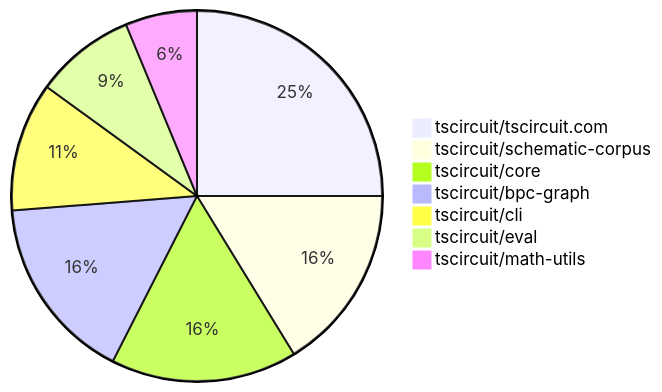
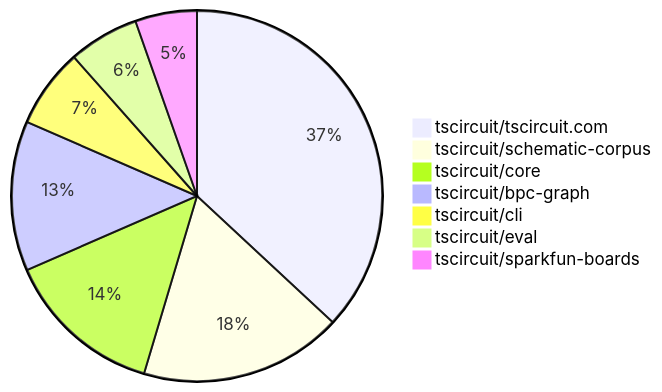
One commit to tscircuit/contribution-tracker changed the second of 2 diagrams in README.md. Above: the diagram before and after it, drawn with Mermaid. The commit also changed other lines of this file and 3 other files, not shown here.

````diff
--- a/README.md
+++ b/README.md
@@ -100,10 +104,10 @@
 ```mermaid
 pie
-    "tscircuit/tscircuit.com" : 20
-    "tscircuit/schematic-corpus" : 13
-    "tscircuit/core" : 13
-    "tscircuit/bpc-graph" : 13
+    "tscircuit/tscircuit.com" : 48
+    "tscircuit/schematic-corpus" : 23
+    "tscircuit/core" : 18
+    "tscircuit/bpc-graph" : 17
     "tscircuit/cli" : 9
-    "tscircuit/eval" : 7
-    "tscircuit/math-utils" : 5
+    "tscircuit/eval" : 8
+    "tscircuit/sparkfun-boards" : 7
 ```
````
